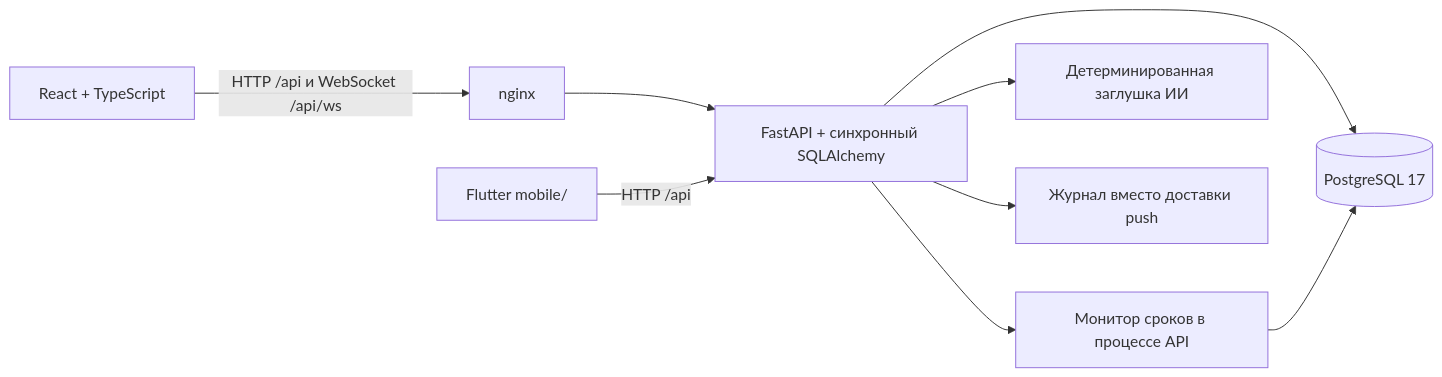
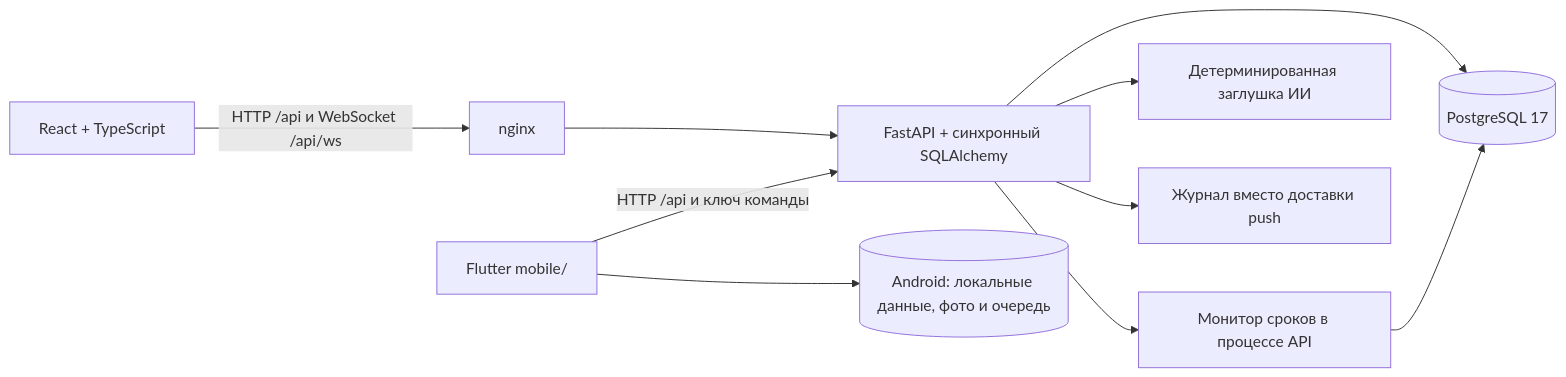
Before and after one commit to bshakaryan/km_case_hack: the first of 2 diagrams in docs/architecture.md, drawn with Mermaid. The commit also changed other lines of this file and 41 other files, not shown here.

````diff
--- a/docs/architecture.md
+++ b/docs/architecture.md
@@ -9,11 +9,12 @@
 ```mermaid
 flowchart LR
   B[React + TypeScript] -->|HTTP /api и WebSocket /api/ws| N[nginx]
   N --> A[FastAPI + синхронный SQLAlchemy]
-  F[Flutter mobile/] -->|HTTP /api| A
+  F[Flutter mobile/] -->|HTTP /api и ключ команды| A
+  F --> L[(Android: локальные данные, фото и очередь)]
   A --> D[(PostgreSQL 17)]
   A --> M[Монитор сроков в процессе API]
   M --> D
   A --> S[Детерминированная заглушка ИИ]
   A --> P[Журнал вместо доставки push]
 ```
````
